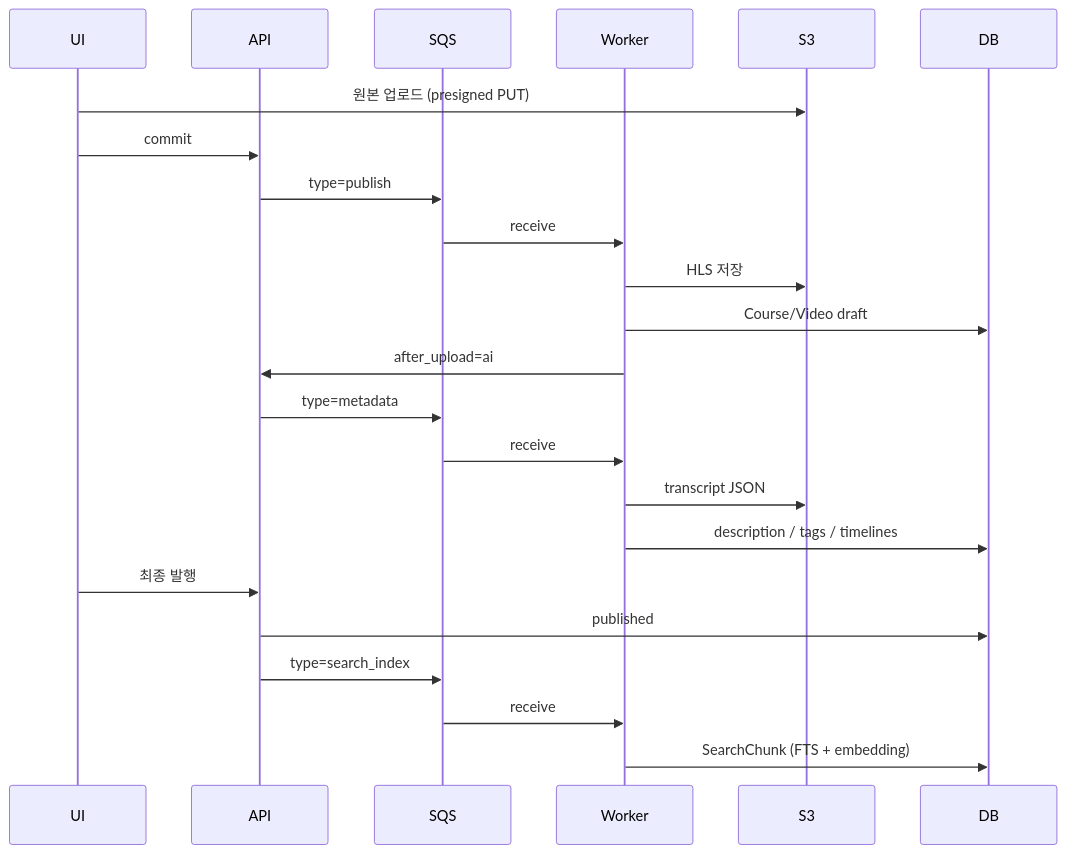
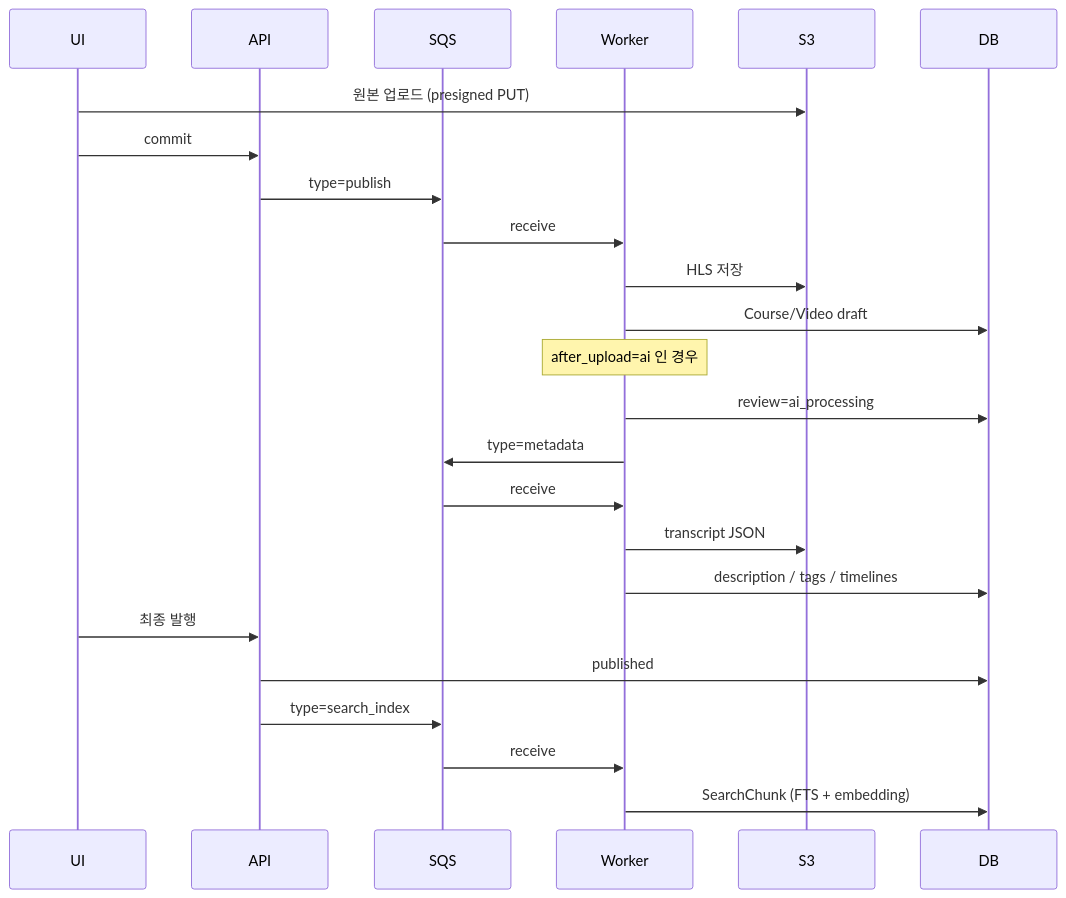
One commit to DSeung001/dseung001.github.io changed the first of 7 diagrams in content/posts/2026/08/07/class-s-hybrid-search/index.md. Above: the diagram before and after it, drawn with Mermaid. The commit also changed other lines of this file, not shown here.

````diff
--- a/content/posts/2026/08/07/class-s-hybrid-search/index.md
+++ b/content/posts/2026/08/07/class-s-hybrid-search/index.md
@@ -55,26 +57,27 @@
 ```mermaid
 sequenceDiagram
   participant UI
   participant API
   participant SQS
   participant Worker
   participant S3
   participant DB
 
   UI->>S3: 원본 업로드 (presigned PUT)
   UI->>API: commit
   API->>SQS: type=publish
   SQS->>Worker: receive
   Worker->>S3: HLS 저장
   Worker->>DB: Course/Video draft
-  Worker->>API: after_upload=ai
-  API->>SQS: type=metadata
+  Note over Worker: after_upload=ai 인 경우
+  Worker->>DB: review=ai_processing
+  Worker->>SQS: type=metadata
   SQS->>Worker: receive
   Worker->>S3: transcript JSON
   Worker->>DB: description / tags / timelines
   UI->>API: 최종 발행
   API->>DB: published
   API->>SQS: type=search_index
   SQS->>Worker: receive
   Worker->>DB: SearchChunk (FTS + embedding)
 ```
````
